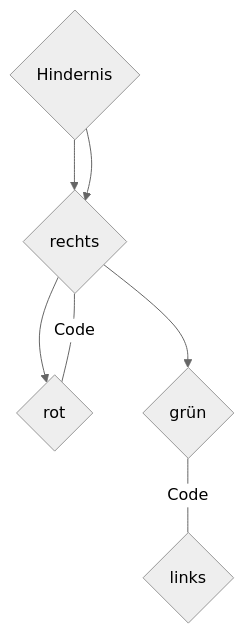
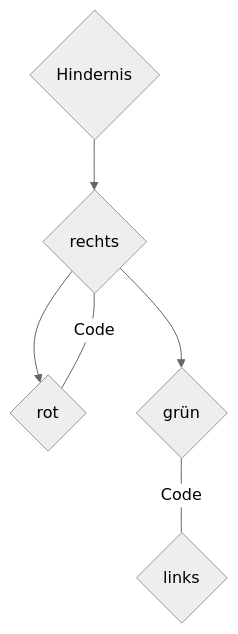
The diagram in Programme/Hindernisrennen/README.md (SchroedingersBit/PfortGTPanama), drawn with Mermaid (neutral theme) before and after one commit.

````diff
--- a/Programme/Hindernisrennen/README.md
+++ b/Programme/Hindernisrennen/README.md
@@ -4,5 +4,5 @@
 ```mermaid
 graph TB;
 A{Hindernis} -->C{PixyCam erkennt Farbcode} --> B{rot}--Code---C{rechts};
-A-->C-->D{grün}--Code---E{links};
+C-->D{grün}--Code---E{links};
 ```
````
